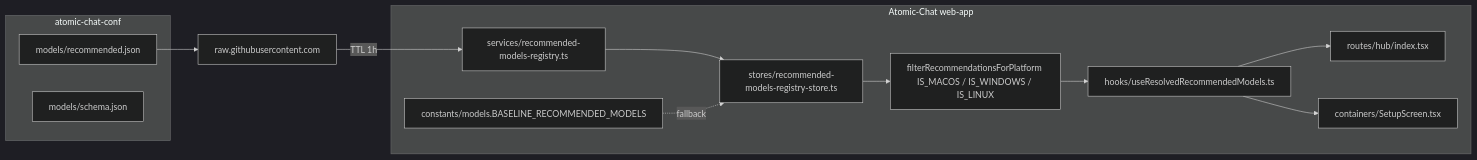
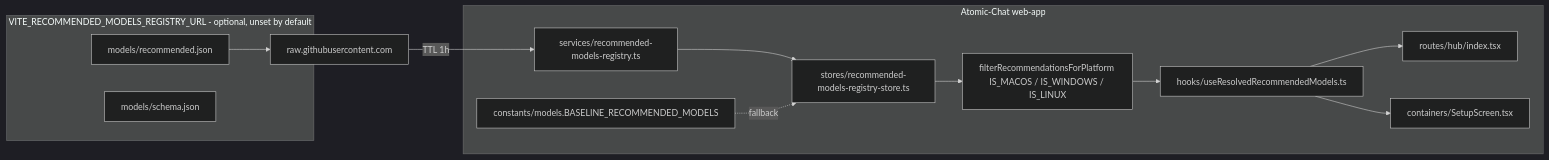
Before and after one commit to AtomicBot-ai/Atomic-Chat: the second of 3 diagrams in web-app/src/services/AGENTS.md, drawn with Mermaid (dark theme). The commit also changed other lines of this file and 191 other files, not shown here.

````diff
--- a/web-app/src/services/AGENTS.md
+++ b/web-app/src/services/AGENTS.md
@@ -237,26 +241,26 @@
 ```mermaid
 flowchart LR
-    subgraph confRepo [atomic-chat-conf]
+    subgraph confRepo [VITE_RECOMMENDED_MODELS_REGISTRY_URL - optional, unset by default]
         modelsJson[models/recommended.json]
         modelsSchema[models/schema.json]
     end
     rawCdn["raw.githubusercontent.com"]
     modelsJson --> rawCdn
 
     subgraph janClient [Atomic-Chat web-app]
         loader[services/recommended-models-registry.ts]
         store[stores/recommended-models-registry-store.ts]
         baseline[constants/models.BASELINE_RECOMMENDED_MODELS]
         platformFilter["filterRecommendationsForPlatform IS_MACOS / IS_WINDOWS / IS_LINUX"]
         hook[hooks/useResolvedRecommendedModels.ts]
         hub[routes/hub/index.tsx]
         setup[containers/SetupScreen.tsx]
     end
 
     rawCdn -->|"TTL 1h"| loader
     loader --> store
     baseline -.fallback.-> store
     store --> platformFilter --> hook
     hook --> hub
     hook --> setup
 ```
````
